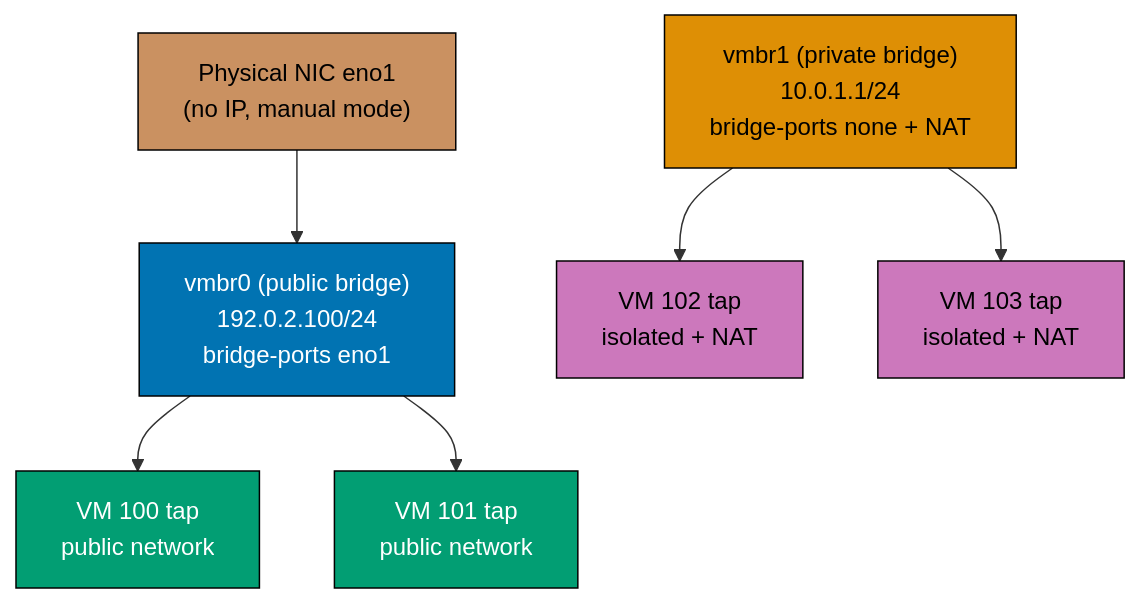
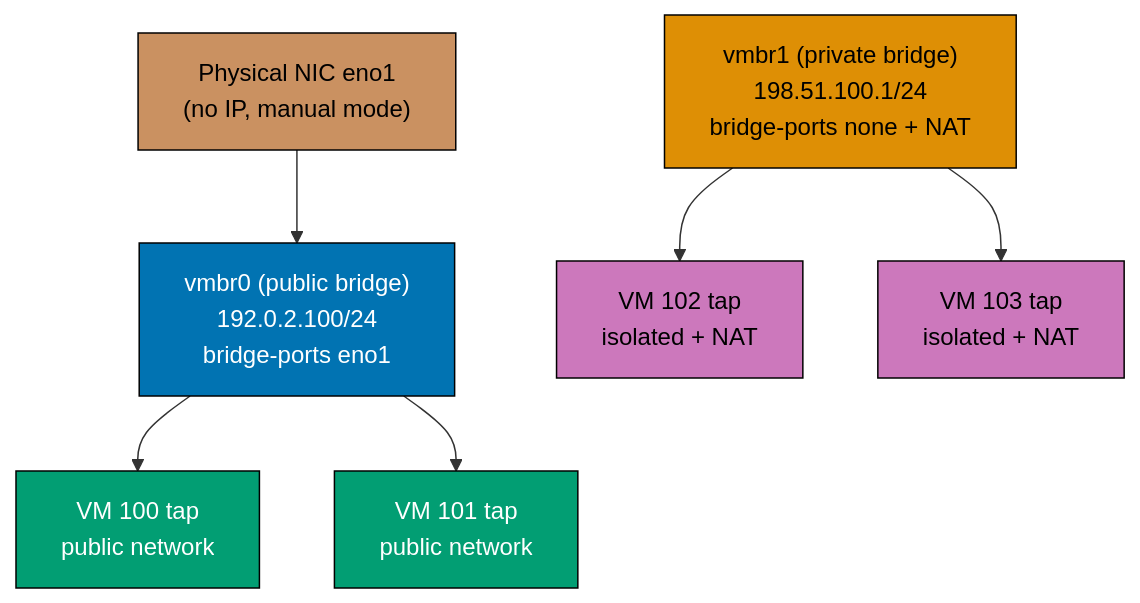
One commit to wahidyankf/ose-public changed the sixth of 9 diagrams in apps/ayokoding-www/content/en/learn/legacy/software-engineering/infrastructure/tools/proxmox/by-example/beginner.md. Above: the diagram before and after it, drawn with Mermaid. The commit also changed other lines of this file and 20 other files, not shown here.

````diff
--- a/apps/ayokoding-www/content/en/learn/legacy/software-engineering/infrastructure/tools/proxmox/by-example/beginner.md
+++ b/apps/ayokoding-www/content/en/learn/legacy/software-engineering/infrastructure/tools/proxmox/by-example/beginner.md
@@ -932,17 +932,17 @@
 ```mermaid
 %% Color Palette: Blue #0173B2, Orange #DE8F05, Teal #029E73, Purple #CC78BC, Brown #CA9161
 graph TD
     A["Physical NIC eno1<br/>(no IP, manual mode)"] --> B["vmbr0 (public bridge)<br/>192.0.2.100/24<br/>bridge-ports eno1"]
     B --> C["VM 100 tap<br/>public network"]
     B --> D["VM 101 tap<br/>public network"]
-    E["vmbr1 (private bridge)<br/>10.0.1.1/24<br/>bridge-ports none + NAT"] --> F["VM 102 tap<br/>isolated + NAT"]
+    E["vmbr1 (private bridge)<br/>198.51.100.1/24<br/>bridge-ports none + NAT"] --> F["VM 102 tap<br/>isolated + NAT"]
     E --> G["VM 103 tap<br/>isolated + NAT"]
 
     style A fill:#CA9161,color:#000,stroke:#000
     style B fill:#0173B2,color:#fff,stroke:#000
     style C fill:#029E73,color:#fff,stroke:#000
     style D fill:#029E73,color:#fff,stroke:#000
     style E fill:#DE8F05,color:#000,stroke:#000
     style F fill:#CC78BC,color:#000,stroke:#000
     style G fill:#CC78BC,color:#000,stroke:#000
 ```
````
